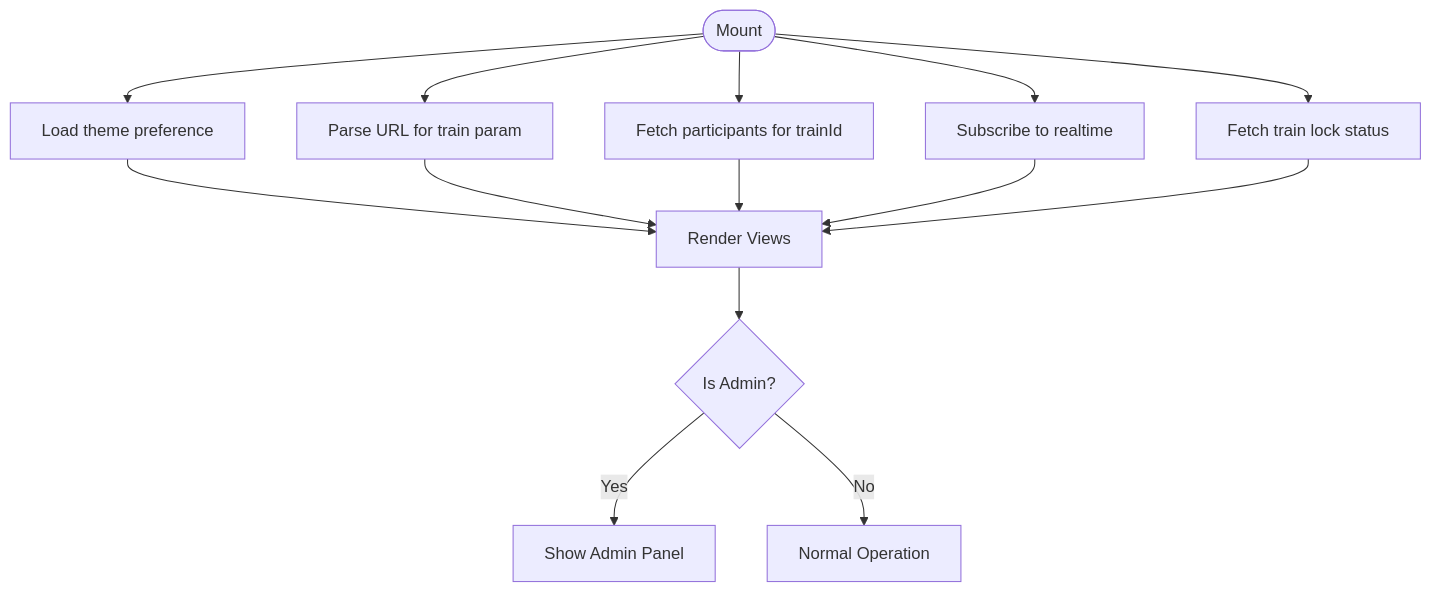
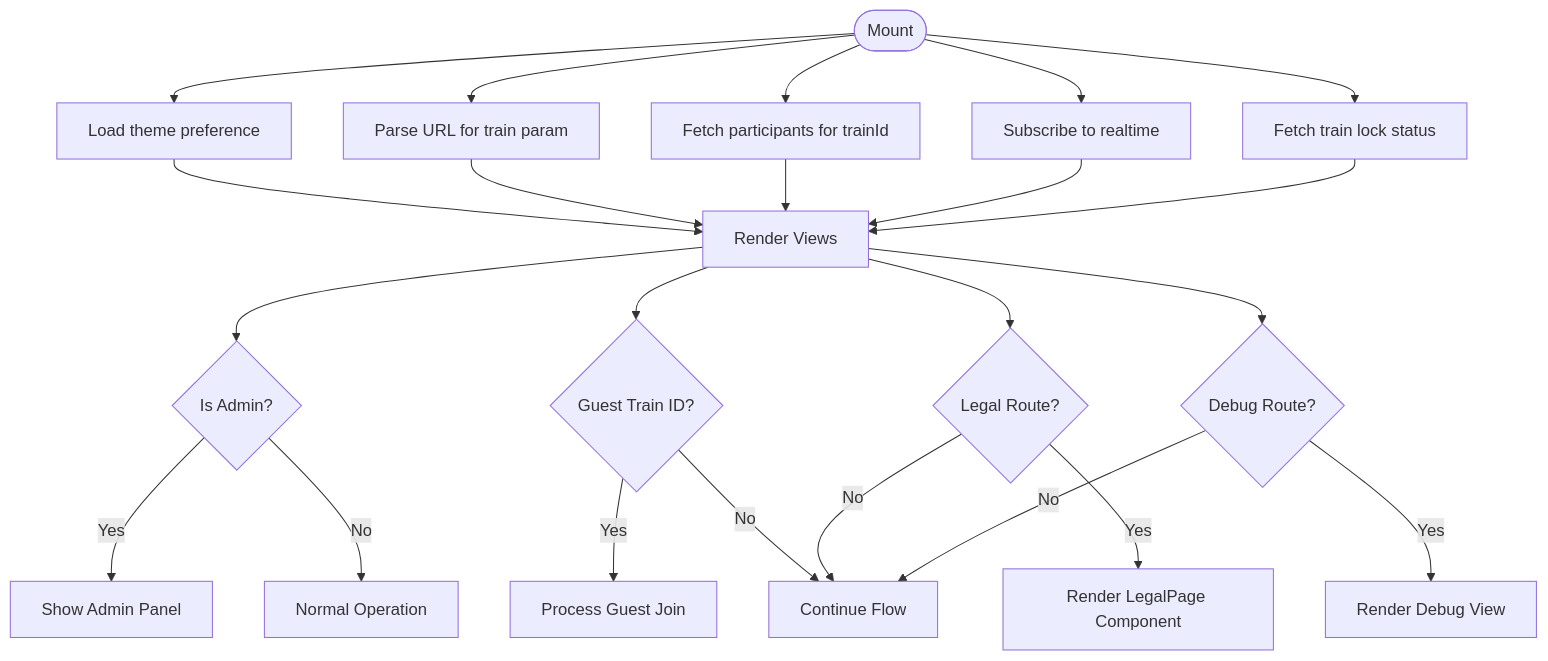
One commit to TheBooleanJulian/followtrain-v2 changed the ninth of 19 diagrams in .qoder/repowiki/en/content/Application Architecture.md. Above: the diagram before and after it, drawn with Mermaid. The commit also changed other lines of this file and 202 other files, not shown here.

````diff
--- a/.qoder/repowiki/en/content/Application Architecture.md
+++ b/.qoder/repowiki/en/content/Application Architecture.md
@@ -295,16 +457,25 @@
 ```mermaid
 flowchart TD
 Init(["Mount"]) --> LoadTheme["Load theme preference"]
 Init --> ParseURL["Parse URL for train param"]
 Init --> FetchParts["Fetch participants for trainId"]
 Init --> SubRT["Subscribe to realtime"]
 Init --> FetchStatus["Fetch train lock status"]
 LoadTheme --> Render["Render Views"]
 ParseURL --> Render
 FetchParts --> Render
 SubRT --> Render
 FetchStatus --> Render
 Render --> AdminCheck{"Is Admin?"}
 AdminCheck --> |Yes| AdminPanel["Show Admin Panel"]
 AdminCheck --> |No| NormalFlow["Normal Operation"]
+Render --> GuestAccess{"Guest Train ID?"}
+GuestAccess --> |Yes| GuestJoin["Process Guest Join"]
+GuestAccess --> |No| Continue["Continue Flow"]
+Render --> LegalCheck{"Legal Route?"}
+LegalCheck --> |Yes| LegalPage["Render LegalPage Component"]
+LegalCheck --> |No| Continue
+Render --> DebugCheck{"Debug Route?"}
+DebugCheck --> |Yes| DebugView["Render Debug View"]
+DebugCheck --> |No| Continue
 ```
````
